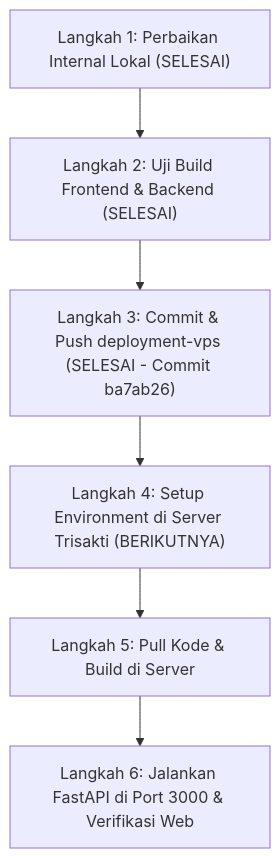
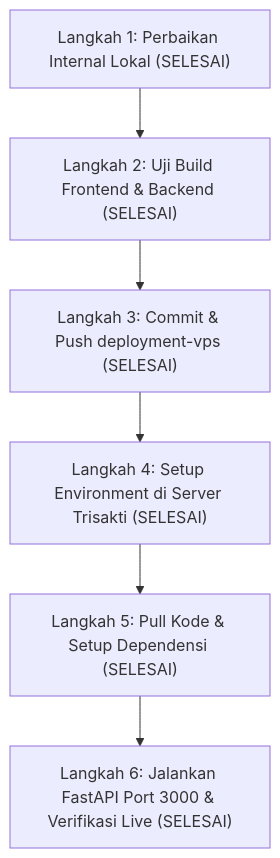
Before and after one commit to Noaaaaaw/Graphelp: the diagram in DEPLOYMENT_PLAN.md, drawn with Mermaid. The commit also changed other lines of this file and 1 other file, not shown here.

Commit message:
docs: finalize deployment plan and commands guide for Trisakti Lab server

````diff
--- a/DEPLOYMENT_PLAN.md
+++ b/DEPLOYMENT_PLAN.md
@@ -49,8 +49,8 @@
 ```mermaid
 flowchart TD
     A["Langkah 1: Perbaikan Internal Lokal (SELESAI)"] --> B["Langkah 2: Uji Build Frontend & Backend (SELESAI)"]
-    B --> C["Langkah 3: Commit & Push deployment-vps (SELESAI - Commit ba7ab26)"]
-    C --> D["Langkah 4: Setup Environment di Server Trisakti (BERIKUTNYA)"]
-    D --> E["Langkah 5: Pull Kode & Build di Server"]
-    E --> F["Langkah 6: Jalankan FastAPI di Port 3000 & Verifikasi Web"]
+    B --> C["Langkah 3: Commit & Push deployment-vps (SELESAI)"]
+    C --> D["Langkah 4: Setup Environment di Server Trisakti (SELESAI)"]
+    D --> E["Langkah 5: Pull Kode & Setup Dependensi (SELESAI)"]
+    E --> F["Langkah 6: Jalankan FastAPI Port 3000 & Verifikasi Live (SELESAI)"]
 ```
````
